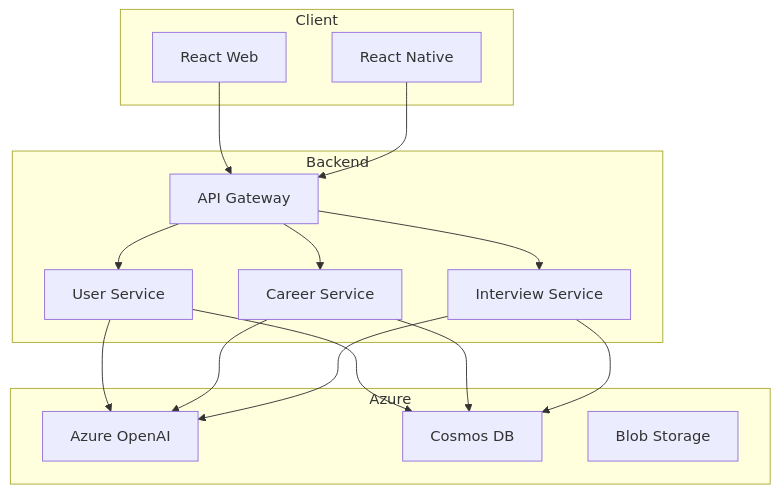
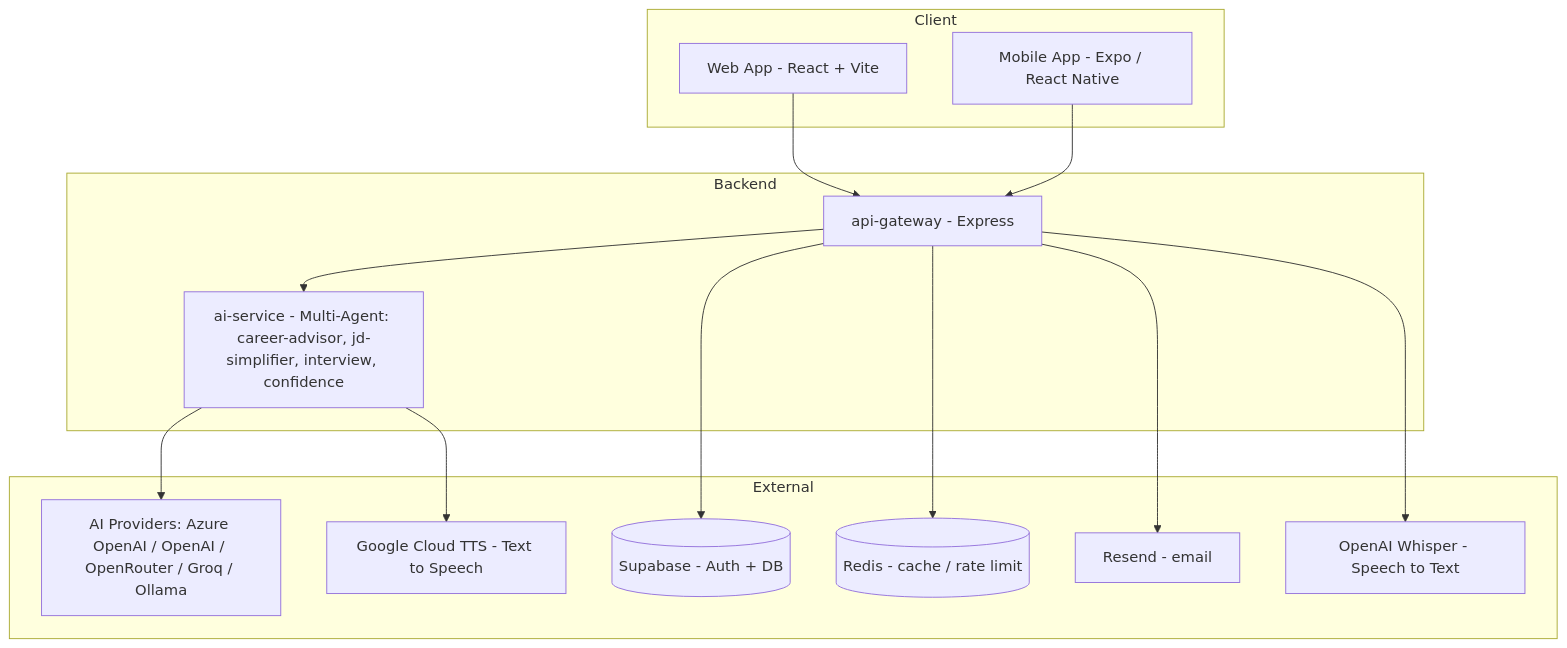
One commit to dtung1108ltt-glitch/AVORA changed the second of 2 diagrams in README.md. Above: the diagram before and after it, drawn with Mermaid. The commit also changed other lines of this file, not shown here.

````diff
--- a/README.md
+++ b/README.md
@@ -26,25 +147,30 @@
 ```mermaid
 flowchart TB
     subgraph Client
-        WEB[React Web]
-        MOBILE[React Native]
-    end
-
-    subgraph Azure
-        AOAI[Azure OpenAI]
-        COSMOS[Cosmos DB]
-        BLOB[Blob Storage]
+        WEB[Web App - React + Vite]
+        MOBILE[Mobile App - Expo / React Native]
     end
 
     subgraph Backend
-        API[API Gateway]
-        USER[User Service]
-        CAREER[Career Service]
-        INTERVIEW[Interview Service]
+        GATEWAY[api-gateway - Express]
+        AISVC[ai-service - Multi-Agent: career-advisor, jd-simplifier, interview, confidence]
     end
 
-    WEB & MOBILE --> API
-    API --> USER & CAREER & INTERVIEW
-    USER & CAREER & INTERVIEW --> AOAI
-    USER & CAREER & INTERVIEW --> COSMOS
+    subgraph External
+        SUPABASE[(Supabase - Auth + DB)]
+        AIPROV[AI Providers: Azure OpenAI / OpenAI / OpenRouter / Groq / Ollama]
+        WHISPER[OpenAI Whisper - Speech to Text]
+        TTS[Google Cloud TTS - Text to Speech]
+        REDIS[(Redis - cache / rate limit)]
+        RESEND[Resend - email]
+    end
+
+    WEB & MOBILE --> GATEWAY
+    GATEWAY --> AISVC
+    GATEWAY --> SUPABASE
+    GATEWAY --> REDIS
+    GATEWAY --> RESEND
+    GATEWAY --> WHISPER
+    AISVC --> AIPROV
+    AISVC --> TTS
 ```
````
